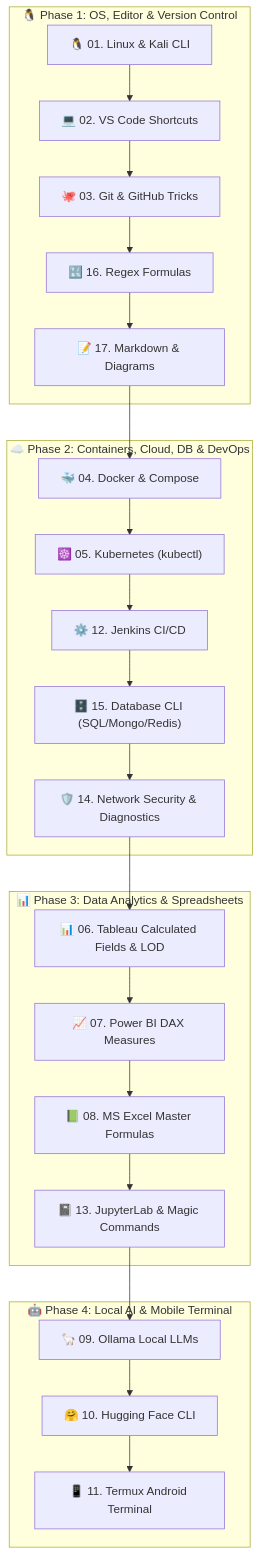
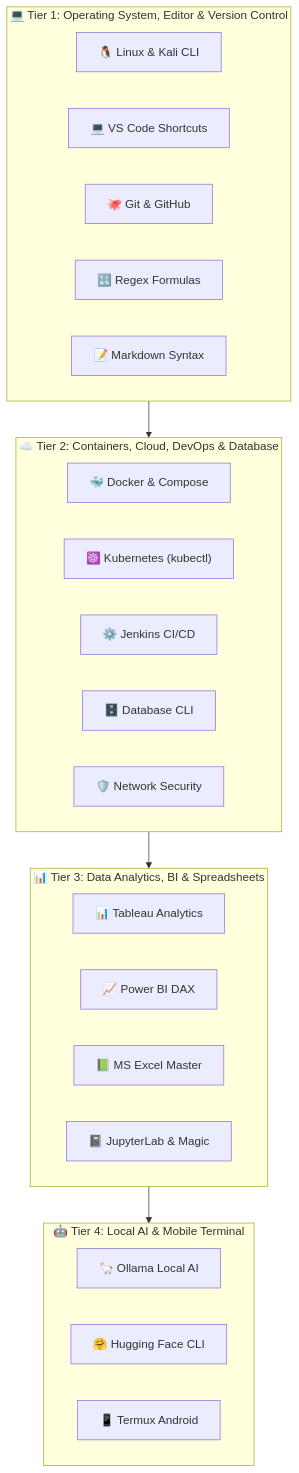
The diagram in README.md (techindro/Penetration-testing-toolkit), drawn with Mermaid before and after one commit. The commit also changed other lines of this file, not shown here.

Commit message:
fix: re-architect Mermaid diagram to balanced 4-tier grid and refine selected icon alignment

````diff
--- a/README.md
+++ b/README.md
@@ -33,48 +33,37 @@
 ```mermaid
 flowchart TD
-    subgraph Core["🐧 Phase 1: OS, Editor & Version Control"]
-        Linux["🐧 01. Linux & Kali CLI"]
-        VSCode["💻 02. VS Code Shortcuts"]
-        Git["🐙 03. Git & GitHub Tricks"]
-        Regex["🔣 16. Regex Formulas"]
-        MD["📝 17. Markdown & Diagrams"]
+    subgraph Tier1["💻 Tier 1: Operating System, Editor & Version Control"]
+        direction LR
+        Linux["🐧 Linux & Kali CLI"]
+        VSCode["💻 VS Code Shortcuts"]
+        Git["🐙 Git & GitHub"]
+        Regex["🔣 Regex Formulas"]
+        MD["📝 Markdown Syntax"]
     end
 
-    subgraph InfraDevOps["☁️ Phase 2: Containers, Cloud, DB & DevOps"]
-        Docker["🐳 04. Docker & Compose"]
-        K8s["☸️ 05. Kubernetes (kubectl)"]
-        Jenkins["⚙️ 12. Jenkins CI/CD"]
-        DB["🗄️ 15. Database CLI (SQL/Mongo/Redis)"]
-        SecNet["🛡️ 14. Network Security & Diagnostics"]
+    subgraph Tier2["☁️ Tier 2: Containers, Cloud, DevOps & Database"]
+        direction LR
+        Docker["🐳 Docker & Compose"]
+        K8s["☸️ Kubernetes (kubectl)"]
+        Jenkins["⚙️ Jenkins CI/CD"]
+        DB["🗄️ Database CLI"]
+        SecNet["🛡️ Network Security"]
     end
 
-    subgraph DataAnalytics["📊 Phase 3: Data Analytics & Spreadsheets"]
-        Tableau["📊 06. Tableau Calculated Fields & LOD"]
-        PowerBI["📈 07. Power BI DAX Measures"]
-        Excel["📗 08. MS Excel Master Formulas"]
-        Jupyter["📓 13. JupyterLab & Magic Commands"]
+    subgraph Tier3["📊 Tier 3: Data Analytics, BI & Spreadsheets"]
+        direction LR
+        Tableau["📊 Tableau Analytics"]
+        PowerBI["📈 Power BI DAX"]
+        Excel["📗 MS Excel Master"]
+        Jupyter["📓 JupyterLab & Magic"]
     end
 
-    subgraph AI_Mobile["🤖 Phase 4: Local AI & Mobile Terminal"]
-        Ollama["🦙 09. Ollama Local LLMs"]
-        HF["🤗 10. Hugging Face CLI"]
-        Termux["📱 11. Termux Android Terminal"]
+    subgraph Tier4["🤖 Tier 4: Local AI & Mobile Terminal"]
+        direction LR
+        Ollama["🦙 Ollama Local AI"]
+        HF["🤗 Hugging Face CLI"]
+        Termux["📱 Termux Android"]
     end
 
-    Linux --> VSCode
-    VSCode --> Git
-    Git --> Regex
-    Regex --> MD
-    MD --> Docker
-    Docker --> K8s
-    K8s --> Jenkins
-    Jenkins --> DB
-    DB --> SecNet
-    SecNet --> Tableau
-    Tableau --> PowerBI
-    PowerBI --> Excel
-    Excel --> Jupyter
-    Jupyter --> Ollama
-    Ollama --> HF
-    HF --> Termux
+    Tier1 --> Tier2 --> Tier3 --> Tier4
 ```
````
